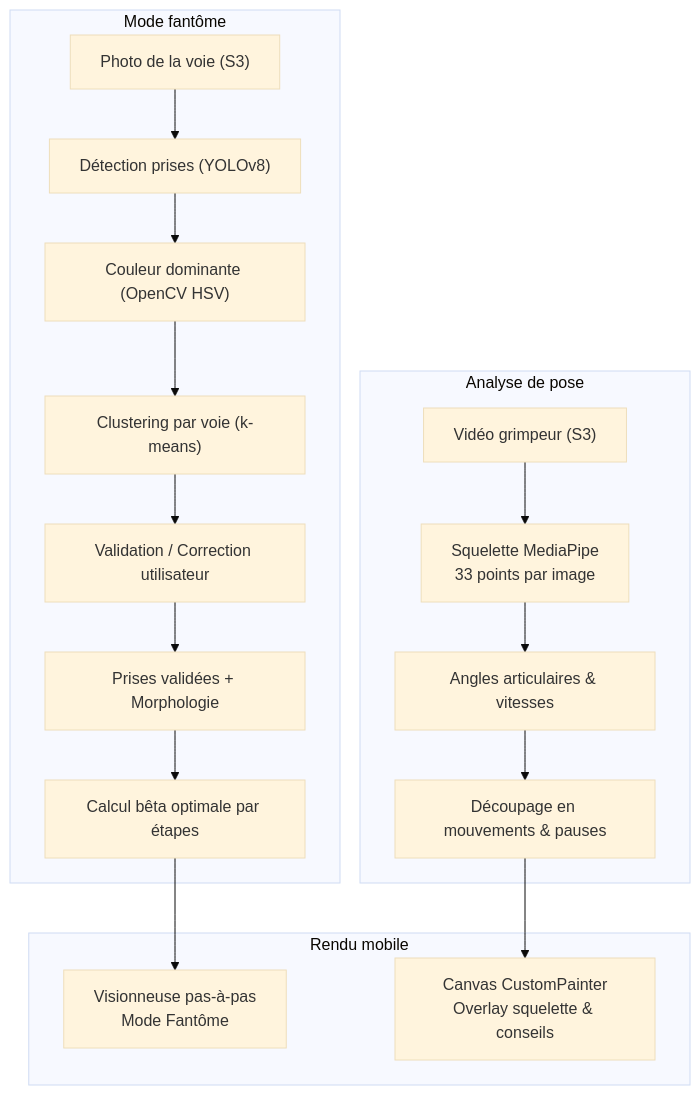
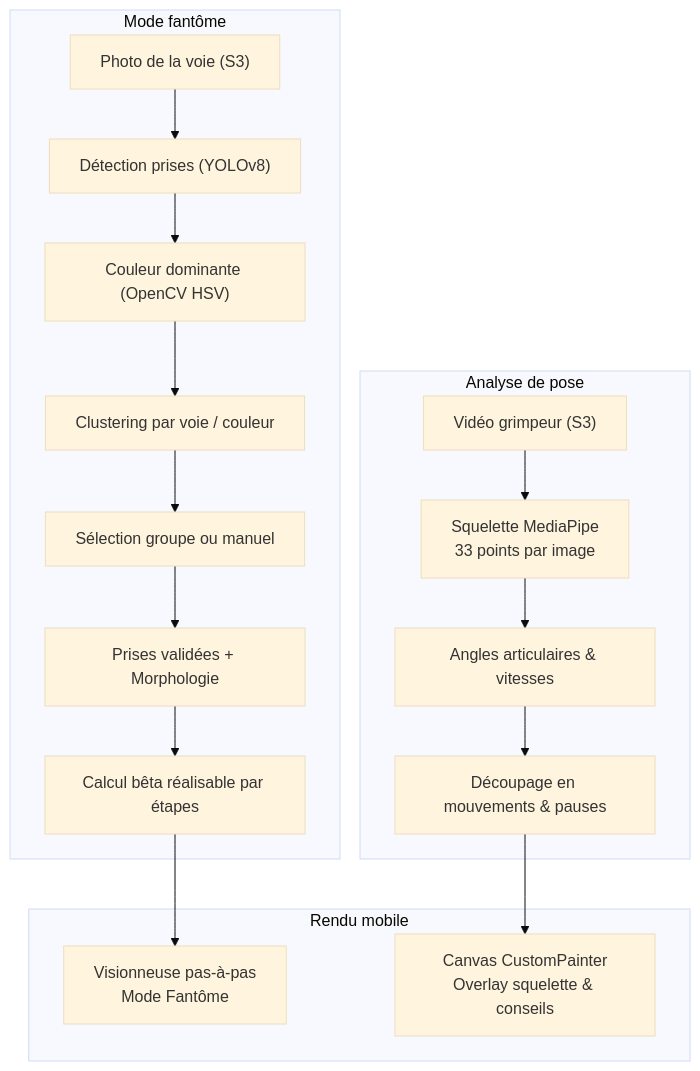
The fifth of 5 diagrams in docs/Ascension/administrative/eip-objectives-delivery/mandatory-2/architecture-and-data-diagrams.md (Ascension-EIP/Ascension), drawn with Mermaid (base theme) before and after one commit. The commit also changed other lines of this file and 23 other files, not shown here.

First line of the commit message:
docs(Ascension): update project scope and roadmap documentation

````diff
--- a/docs/Ascension/administrative/eip-objectives-delivery/mandatory-2/architecture-and-data-diagrams.md
+++ b/docs/Ascension/administrative/eip-objectives-delivery/mandatory-2/architecture-and-data-diagrams.md
@@ -259,25 +258,25 @@
 ```mermaid
 flowchart TD
     subgraph A ["Analyse de pose"]
         A1["Vidéo grimpeur (S3)"] --> A2["Squelette MediaPipe\n33 points par image"]
         A2 --> A3["Angles articulaires & vitesses"]
         A3 --> A4["Découpage en mouvements & pauses"]
     end
 
     subgraph B ["Mode fantôme"]
         B1["Photo de la voie (S3)"] --> B2["Détection prises (YOLOv8)"]
         B2 --> B3["Couleur dominante (OpenCV HSV)"]
-        B3 --> B4["Clustering par voie (k-means)"]
-        B4 --> B5["Validation / Correction utilisateur"]
+        B3 --> B4["Clustering par voie / couleur"]
+        B4 --> B5["Sélection groupe ou manuel"]
         B5 --> B6["Prises validées + Morphologie"]
-        B6 --> B7["Calcul bêta optimale par étapes"]
+        B6 --> B7["Calcul bêta réalisable par étapes"]
     end
 
     subgraph C ["Rendu mobile"]
         C2["Visionneuse pas-à-pas\nMode Fantôme"]
         C1["Canvas CustomPainter\nOverlay squelette & conseils"]
     end
 
     A4 --> C1
     B7 --> C2
 ```
````
